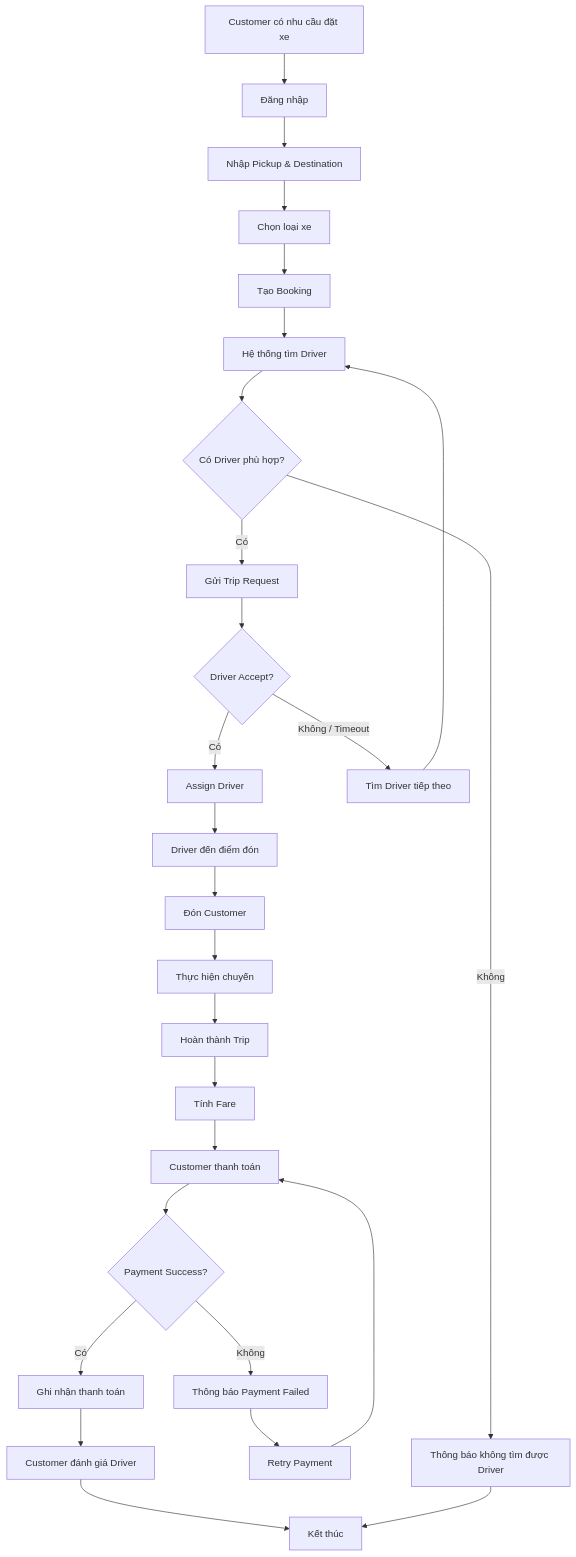
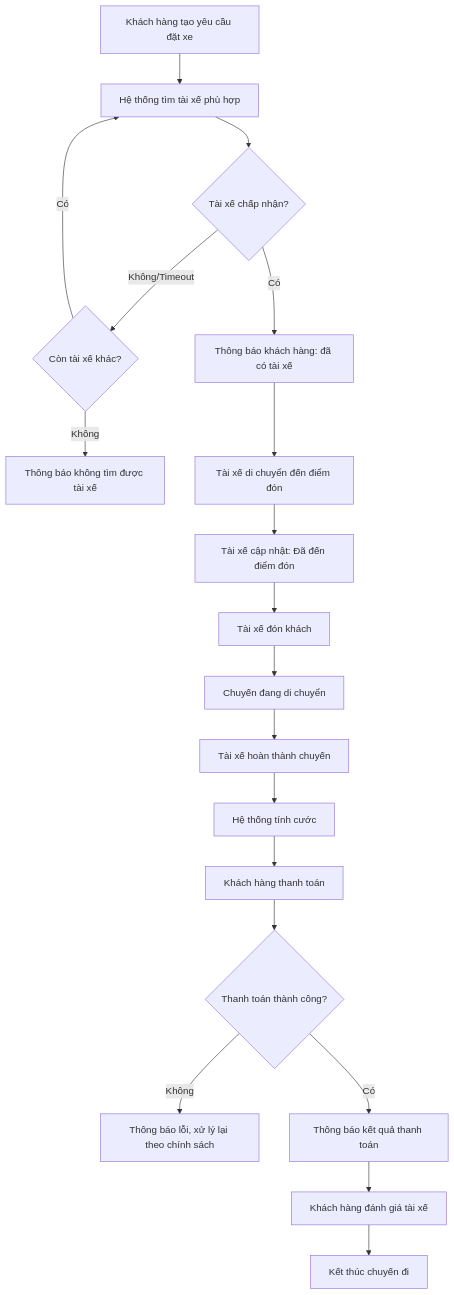
Before and after one commit to tqkhanh2005/23631191_TranQuocKhanh_CABsystem: the third of 3 diagrams in README.md, drawn with Mermaid. The commit also changed other lines of this file, not shown here.

````diff
--- a/README.md
+++ b/README.md
@@ -1012,60 +327,21 @@
 ```mermaid
 flowchart TD
-
-    A["Customer có nhu cầu đặt xe"]
-    B["Đăng nhập"]
-    C["Nhập Pickup & Destination"]
-    D["Chọn loại xe"]
-    E["Tạo Booking"]
-    F["Hệ thống tìm Driver"]
-    G{"Có Driver phù hợp?"}
-    H["Gửi Trip Request"]
-    I{"Driver Accept?"}
-    J["Assign Driver"]
-    K["Tìm Driver tiếp theo"]
-    L["Thông báo không tìm được Driver"]
-    M["Driver đến điểm đón"]
-    N["Đón Customer"]
-    O["Thực hiện chuyến"]
-    P["Hoàn thành Trip"]
-    Q["Tính Fare"]
-    R["Customer thanh toán"]
-    S{"Payment Success?"}
-    T["Ghi nhận thanh toán"]
-    U["Thông báo Payment Failed"]
-    V["Retry Payment"]
-    W["Customer đánh giá Driver"]
-    X["Kết thúc"]
-
-    A --> B
-    B --> C
-    C --> D
-    D --> E
-    E --> F
-    F --> G
-
-    G -- "Không" --> L
-    G -- "Có" --> H
-    H --> I
-
-    I -- "Không / Timeout" --> K
-    K --> F
-
-    I -- "Có" --> J
-    J --> M
-    M --> N
-    N --> O
-    O --> P
-    P --> Q
-    Q --> R
-    R --> S
-
-    S -- "Có" --> T
-    S -- "Không" --> U
-    U --> V
-    V --> R
-
-    T --> W
-    W --> X
-    L --> X
+    A[Khách hàng tạo yêu cầu đặt xe] --> B[Hệ thống tìm tài xế phù hợp]
+    B --> C{Tài xế chấp nhận?}
+    C -- Không/Timeout --> D{Còn tài xế khác?}
+    D -- Có --> B
+    D -- Không --> E[Thông báo không tìm được tài xế]
+    C -- Có --> F[Thông báo khách hàng: đã có tài xế]
+    F --> G[Tài xế di chuyển đến điểm đón]
+    G --> H[Tài xế cập nhật: Đã đến điểm đón]
+    H --> I[Tài xế đón khách]
+    I --> J[Chuyến đang di chuyển]
+    J --> K[Tài xế hoàn thành chuyến]
+    K --> L[Hệ thống tính cước]
+    L --> M[Khách hàng thanh toán]
+    M --> N{Thanh toán thành công?}
+    N -- Không --> O[Thông báo lỗi, xử lý lại theo chính sách]
+    N -- Có --> P[Thông báo kết quả thanh toán]
+    P --> Q[Khách hàng đánh giá tài xế]
+    Q --> R[Kết thúc chuyến đi]
 ```
````
